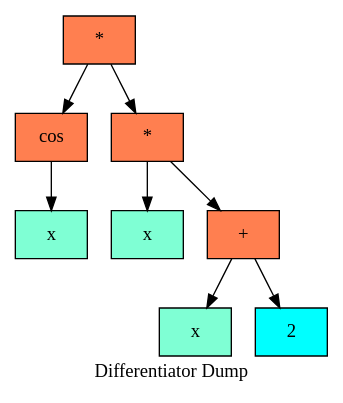
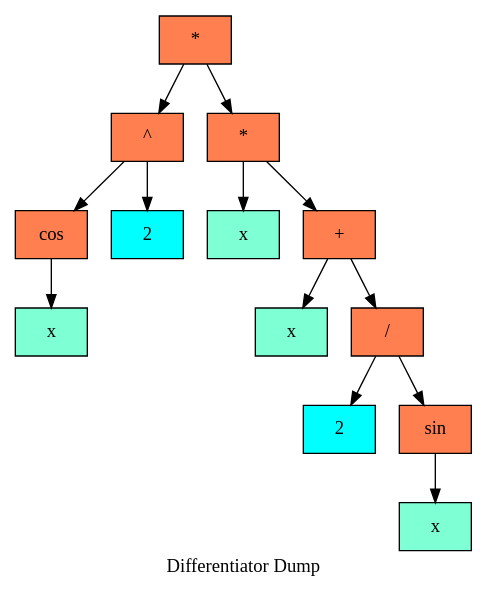
One commit to aidenfmunro/Differentiator changed the diagram in log/dot/treegraph_0.dot. Above: the diagram before and after it, drawn with Graphviz. The commit also changed 6 other files, not shown here.

```diff
--- a/log/dot/treegraph_0.dot
+++ b/log/dot/treegraph_0.dot
@@ -1,21 +1,31 @@
   digraph tree  {
   node[   shape     = "Mrecord",  style     = "filled",  fillcolor = "aqua",  fontcolor = "#000000",  margin    = "0.075"];
   rankdir   = "TB";
 
   label     = "Differentiator Dump";
 "node0" [shape = "record", label = "{*}", fillcolor = "coral"]
-"node1" [shape = "record", label = "{cos}", fillcolor = "coral"]
-"node2" [shape = "record", label = "{x}", fillcolor = "aquamarine"]
+"node1" [shape = "record", label = "{^}", fillcolor = "coral"]
+"node2" [shape = "record", label = "{cos}", fillcolor = "coral"]
+"node3" [shape = "record", label = "{x}", fillcolor = "aquamarine"]
+"node2" -> "node3"
 "node1" -> "node2"
+"node4" [shape = "record", label = "{2}", fillcolor = "aqua"]
+"node1" -> "node4"
 "node0" -> "node1"
-"node3" [shape = "record", label = "{*}", fillcolor = "coral"]
-"node4" [shape = "record", label = "{x}", fillcolor = "aquamarine"]
-"node3" -> "node4"
-"node5" [shape = "record", label = "{+}", fillcolor = "coral"]
+"node5" [shape = "record", label = "{*}", fillcolor = "coral"]
 "node6" [shape = "record", label = "{x}", fillcolor = "aquamarine"]
 "node5" -> "node6"
-"node7" [shape = "record", label = "{2}", fillcolor = "aqua"]
+"node7" [shape = "record", label = "{+}", fillcolor = "coral"]
+"node8" [shape = "record", label = "{x}", fillcolor = "aquamarine"]
+"node7" -> "node8"
+"node9" [shape = "record", label = "{/}", fillcolor = "coral"]
+"node10" [shape = "record", label = "{2}", fillcolor = "aqua"]
+"node9" -> "node10"
+"node11" [shape = "record", label = "{sin}", fillcolor = "coral"]
+"node12" [shape = "record", label = "{x}", fillcolor = "aquamarine"]
+"node11" -> "node12"
+"node9" -> "node11"
+"node7" -> "node9"
 "node5" -> "node7"
-"node3" -> "node5"
-"node0" -> "node3"
+"node0" -> "node5"
   }
```
